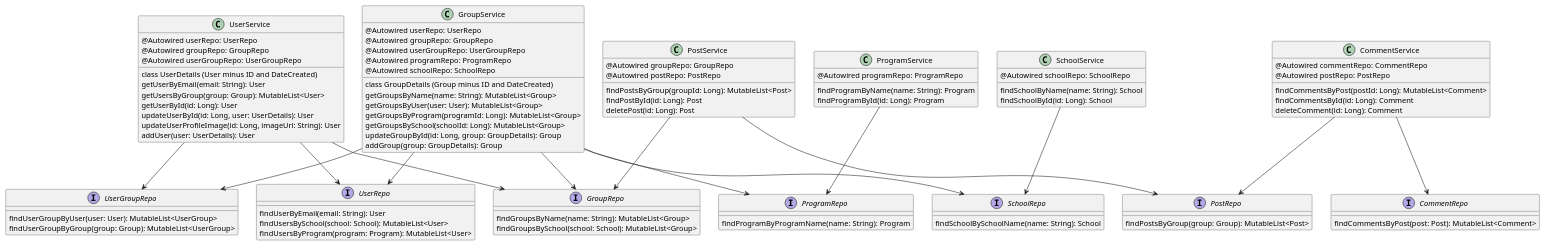
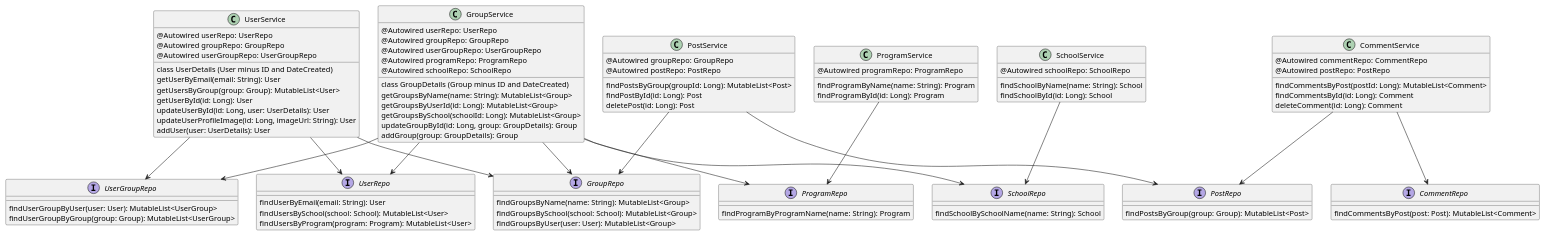
The diagram in Resources/ClassDiagram.puml (JonasBrattHansen/AtCampus), drawn with PlantUML before and after one commit. The commit also changed 3 other files, not shown here.

Commit message:
GroupService.kt finished and updates ClassDiagram.puml to reflext updates. GroupServiceUnitTest.kt started.

```diff
--- a/Resources/ClassDiagram.puml
+++ b/Resources/ClassDiagram.puml
@@ -1,108 +1,108 @@
 @startuml
 'https://plantuml.com/class-diagram
 
 interface UserRepo{
     findUserByEmail(email: String): User
     findUsersBySchool(school: School): MutableList<User>
     findUsersByProgram(program: Program): MutableList<User>
 }
 
 interface GroupRepo{
     findGroupsByName(name: String): MutableList<Group>
     findGroupsBySchool(school: School): MutableList<Group>
+    findGroupsByUser(user: User): MutableList<Group>
 }
 
 interface UserGroupRepo{
     findUserGroupByUser(user: User): MutableList<UserGroup>
     findUserGroupByGroup(group: Group): MutableList<UserGroup>
 }
 
 interface ProgramRepo{
     findProgramByProgramName(name: String): Program
 }
 
 interface SchoolRepo{
     findSchoolBySchoolName(name: String): School
 }
 
 interface PostRepo{
     findPostsByGroup(group: Group): MutableList<Post>
 }
 
 interface CommentRepo{
     findCommentsByPost(post: Post): MutableList<Comment>
 }
 
 class UserService{
     @Autowired userRepo: UserRepo
     @Autowired groupRepo: GroupRepo
     @Autowired userGroupRepo: UserGroupRepo
     class UserDetails (User minus ID and DateCreated)
     getUserByEmail(email: String): User
     getUsersByGroup(group: Group): MutableList<User>
     getUserById(id: Long): User
     updateUserById(id: Long, user: UserDetails): User
     updateUserProfileImage(id: Long, imageUrl: String): User
     addUser(user: UserDetails): User
 }
 
 class GroupService{
     @Autowired userRepo: UserRepo
     @Autowired groupRepo: GroupRepo
     @Autowired userGroupRepo: UserGroupRepo
     @Autowired programRepo: ProgramRepo
     @Autowired schoolRepo: SchoolRepo
     class GroupDetails (Group minus ID and DateCreated)
     getGroupsByName(name: String): MutableList<Group>
-    getGroupsByUser(user: User): MutableList<Group>
-    getGroupsByProgram(programId: Long): MutableList<Group>
+    getGroupsByUserId(id: Long): MutableList<Group>
     getGroupsBySchool(schoolId: Long): MutableList<Group>
     updateGroupById(id: Long, group: GroupDetails): Group
     addGroup(group: GroupDetails): Group
 }
 
 class SchoolService{
     @Autowired schoolRepo: SchoolRepo
     findSchoolByName(name: String): School
     findSchoolById(id: Long): School
 }
 
 class ProgramService{
     @Autowired programRepo: ProgramRepo
     findProgramByName(name: String): Program
     findProgramById(id: Long): Program
 }
 
 class PostService{
     @Autowired groupRepo: GroupRepo
     @Autowired postRepo: PostRepo
     findPostsByGroup(groupId: Long): MutableList<Post>
     findPostById(id: Long): Post
     deletePost(id: Long): Post
 }
 
 class CommentService{
     @Autowired commentRepo: CommentRepo
     @Autowired postRepo: PostRepo
     findCommentsByPost(postId: Long): MutableList<Comment>
     findCommentsById(id: Long): Comment
     deleteComment(id: Long): Comment
 }
 
 
 UserService --> UserRepo
 UserService --> GroupRepo
 UserService --> UserGroupRepo
 GroupService --> UserRepo
 GroupService --> GroupRepo
 GroupService --> UserGroupRepo
 GroupService --> ProgramRepo
 GroupService --> SchoolRepo
 ProgramService --> ProgramRepo
 SchoolService --> SchoolRepo
 CommentService --> PostRepo
 CommentService --> CommentRepo
 PostService --> PostRepo
 PostService --> GroupRepo
 
 @enduml
```
